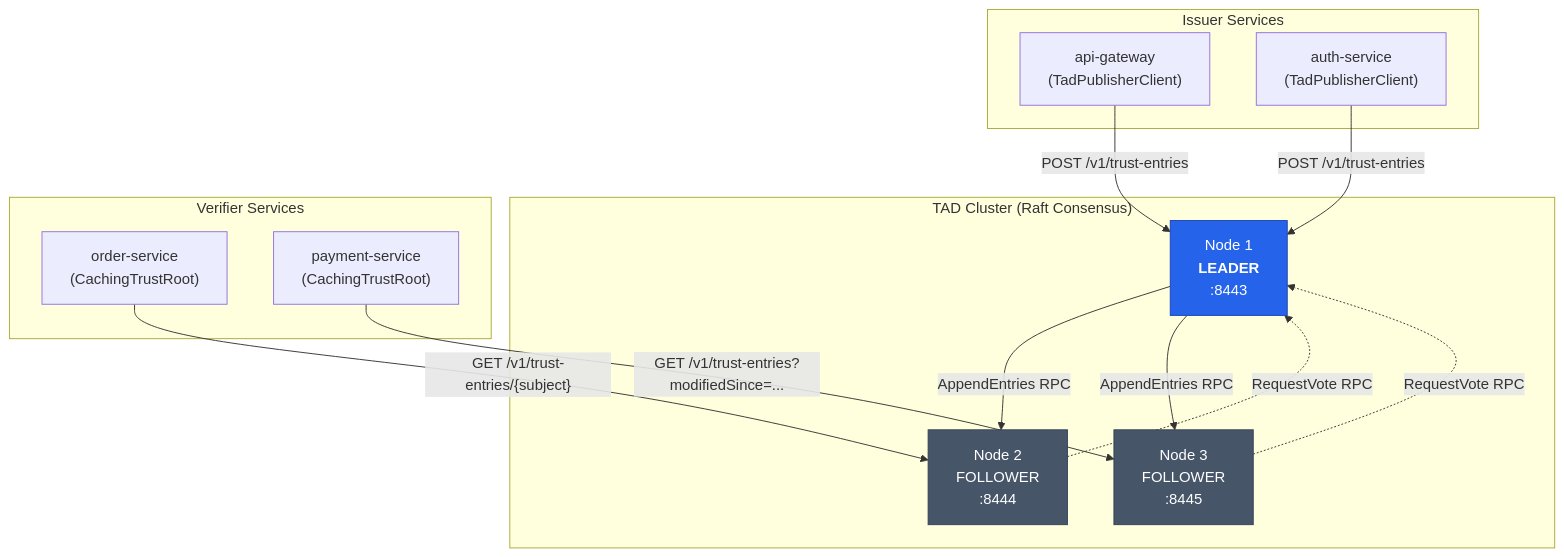
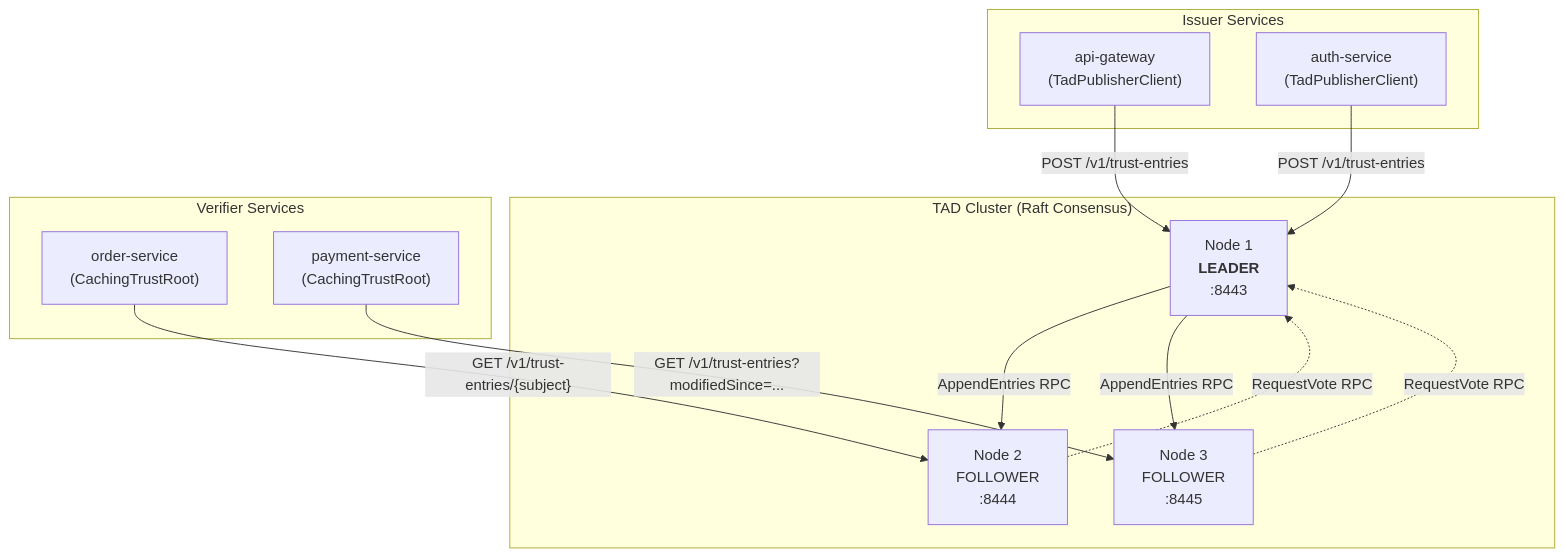
One commit to cyfko/veridot changed the first of 4 diagrams in docs/docs/architecture/tad-architecture.md. Above: the diagram before and after it, drawn with Mermaid. The commit also changed 25 other files, not shown here.

First line of the commit message:
style: remove colorful fill styles from Mermaid diagrams

````diff
--- a/docs/docs/architecture/tad-architecture.md
+++ b/docs/docs/architecture/tad-architecture.md
@@ -16,31 +16,28 @@
 ```mermaid
 graph TB
     subgraph "TAD Cluster (Raft Consensus)"
         L["Node 1<br/><b>LEADER</b><br/>:8443"]
         F1["Node 2<br/>FOLLOWER<br/>:8444"]
         F2["Node 3<br/>FOLLOWER<br/>:8445"]
         L -- "AppendEntries RPC" --> F1
         L -- "AppendEntries RPC" --> F2
         F1 -. "RequestVote RPC" .-> L
         F2 -. "RequestVote RPC" .-> L
     end
 
     subgraph "Issuer Services"
         S1["api-gateway<br/>(TadPublisherClient)"]
         S2["auth-service<br/>(TadPublisherClient)"]
     end
 
     subgraph "Verifier Services"
         V1["order-service<br/>(CachingTrustRoot)"]
         V2["payment-service<br/>(CachingTrustRoot)"]
     end
 
     S1 -- "POST /v1/trust-entries" --> L
     S2 -- "POST /v1/trust-entries" --> L
     V1 -- "GET /v1/trust-entries/{subject}" --> F1
     V2 -- "GET /v1/trust-entries?modifiedSince=..." --> F2
 
-    style L fill:#2563eb,color:#fff,stroke:#1e40af
-    style F1 fill:#475569,color:#fff,stroke:#334155
-    style F2 fill:#475569,color:#fff,stroke:#334155
 ```
````
